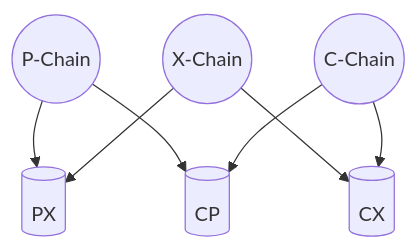
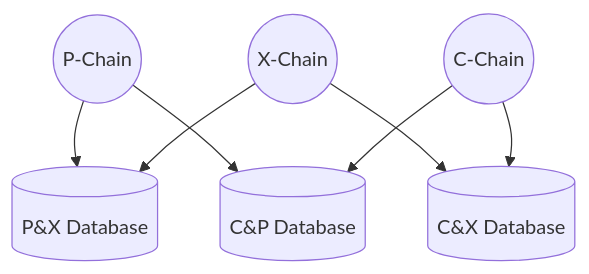
One commit to ava-labs/avalanchego changed the second of 3 diagrams in vms/saevm/cchain/README.md. Above: the diagram before and after it, drawn with Mermaid. The commit also changed other lines of this file, not shown here.

Commit message:
feedback

````diff
--- a/vms/saevm/cchain/README.md
+++ b/vms/saevm/cchain/README.md
@@ -87,17 +87,17 @@
 ```mermaid
 flowchart TB
     P((P-Chain))
     X((X-Chain))
     C((C-Chain))
 
-    PX[("PX")]
-    CP[("CP")]
-    CX[("CX")]
+    PX[("P&X Database")]
+    CP[("C&P Database")]
+    CX[("C&X Database")]
 
     P --> PX
     X --> PX
     P --> CP
     C --> CP
     X --> CX
     C --> CX
 ```
````
